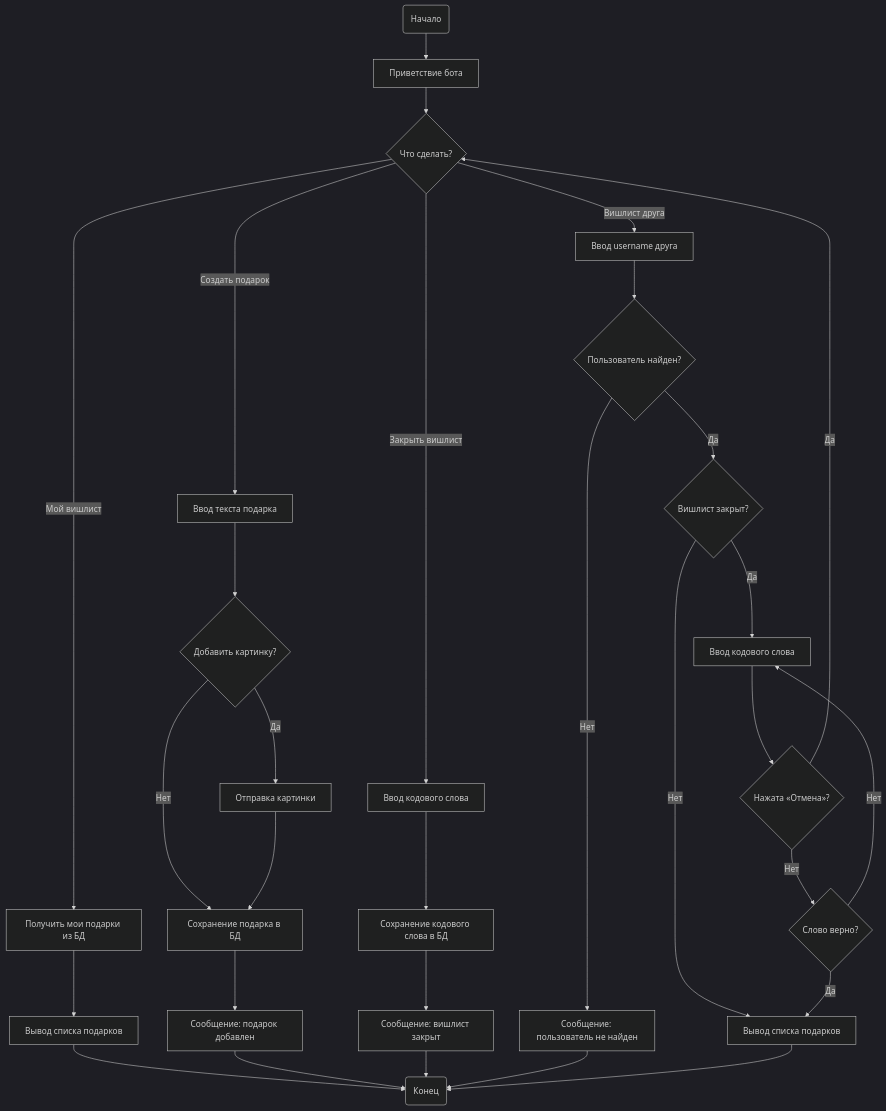
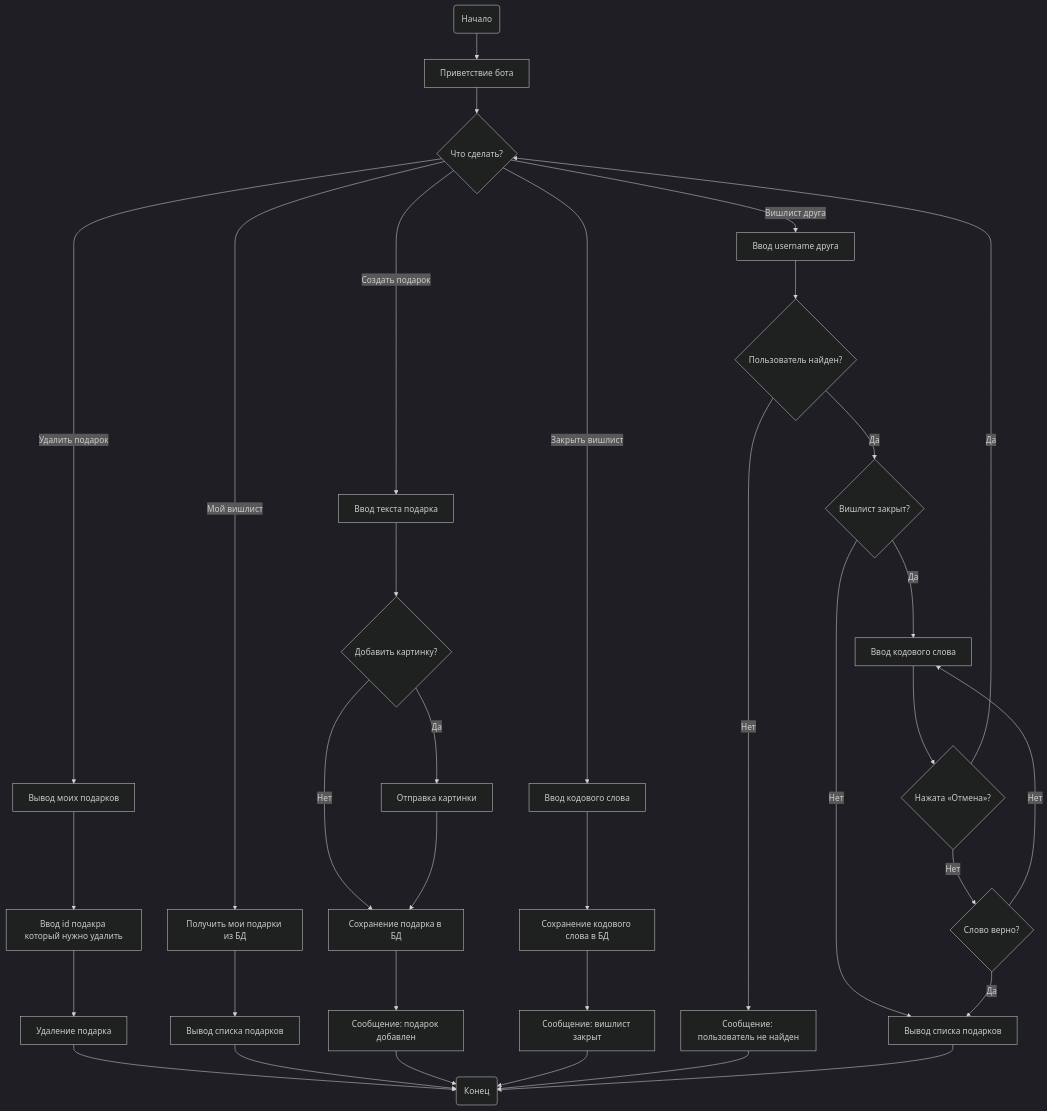
Before and after one commit to Dunwitch666/Wish-list-telegram-bot: the diagram in README.md, drawn with Mermaid (dark theme).

Commit message:
Modified README with the new script

````diff
--- a/README.md
+++ b/README.md
@@ -10,40 +10,45 @@
 ```mermaid
 flowchart TD
     Start(Начало) --> A[Приветствие бота]
     A --> B{Что сделать?}
 
     B --> |Мой вишлист| C[Получить мои подарки из БД]
     B --> |Вишлист друга| D[Ввод username друга]
     B --> |Создать подарок| K[Ввод текста подарка]
     B --> |Закрыть вишлист| L[Ввод кодового слова]
+    B --> |Удалить подарок| AA[Вывод моих подарков]
+
+    AA --> AB[Ввод id подакра который нужно удалить]
+    AB --> AC[Удаление подарка]
+    AC --> End
 
     C --> M[Вывод списка подарков]
 
     K --> Q{Добавить картинку?}
     Q --> |Да| R[Отправка картинки]
     Q --> |Нет| S[Сохранение подарка в БД]
     R --> S
     S --> T["Сообщение: подарок добавлен"]
 
     L --> U[Сохранение кодового слова в БД]
     U --> V["Сообщение: вишлист закрыт"]
 
     D --> X{Пользователь найден?}
     X --> |Нет| Y["Сообщение: пользователь не найден"]
     X --> |Да| E{Вишлист закрыт?}
 
     E --> |Нет| F[Вывод списка подарков]
     E --> |Да| J[Ввод кодового слова]
 
     J --> W{"Нажата «Отмена»?"}
     W --> |Да| B
     W --> |Нет| H{Слово верно?}
     H --> |Да| F
     H --> |Нет| J
 
     M --> End(Конец)
     T --> End
     V --> End
     Y --> End
     F --> End
 ```
````
